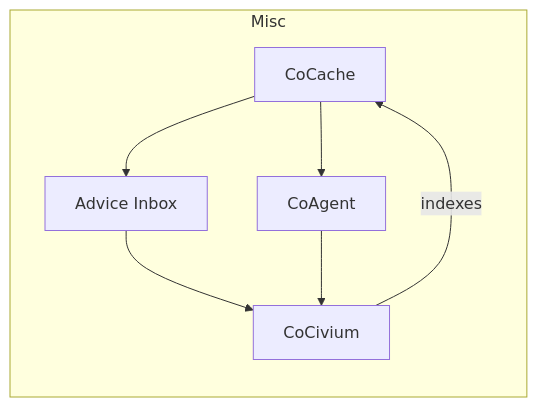
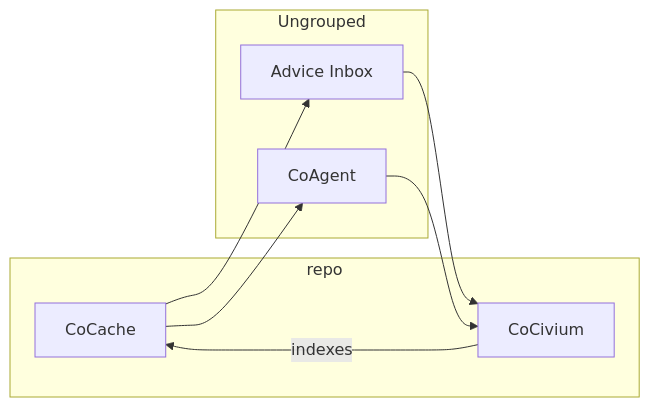
One commit to rickballard/CoCivium changed the diagram in docs/diagrams/render/asset-graph.mmd. Above: the diagram before and after it, drawn with Mermaid. The commit also changed other lines of this file and 2 other files, not shown here.

Commit message:
diagrams: builder robust rel-handling + label escaping [20251028T062323Z]

```diff
--- a/docs/diagrams/render/asset-graph.mmd
+++ b/docs/diagrams/render/asset-graph.mmd
@@ -1,12 +1,17 @@
+%% generated:2025-10-28T06:23:23Z
 flowchart LR
-  subgraph Misc
-    CoCache["CoCache"]
-    CoAgent["CoAgent"]
-    AdviceInbox["Advice Inbox"]
-    CoCivium["CoCivium"]
-  end
-  CoCache --> AdviceInbox
-  AdviceInbox --> CoCivium
-  CoCache --> CoAgent
-  CoAgent --> CoCivium
-  CoCivium -->|indexes| CoCache
+subgraph repo
+  CoCache["CoCache"]
+  CoCivium["CoCivium"]
+end
+subgraph Ungrouped
+  AdviceInbox["Advice Inbox"]
+  CoAgent["CoAgent"]
+  CoCache["CoCache"]
+  CoCivium["CoCivium"]
+end
+AdviceInbox --> CoCivium
+CoAgent --> CoCivium
+CoCache --> AdviceInbox
+CoCache --> CoAgent
+CoCivium --> |"indexes"| CoCache
```
